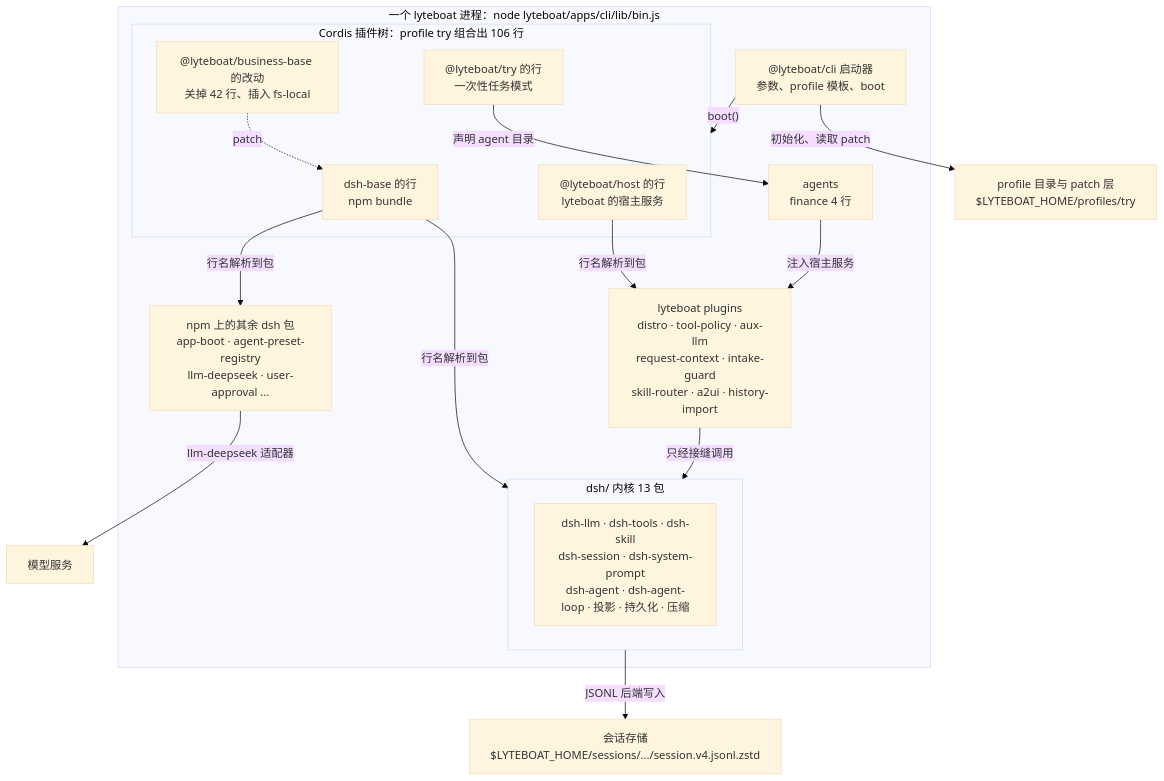
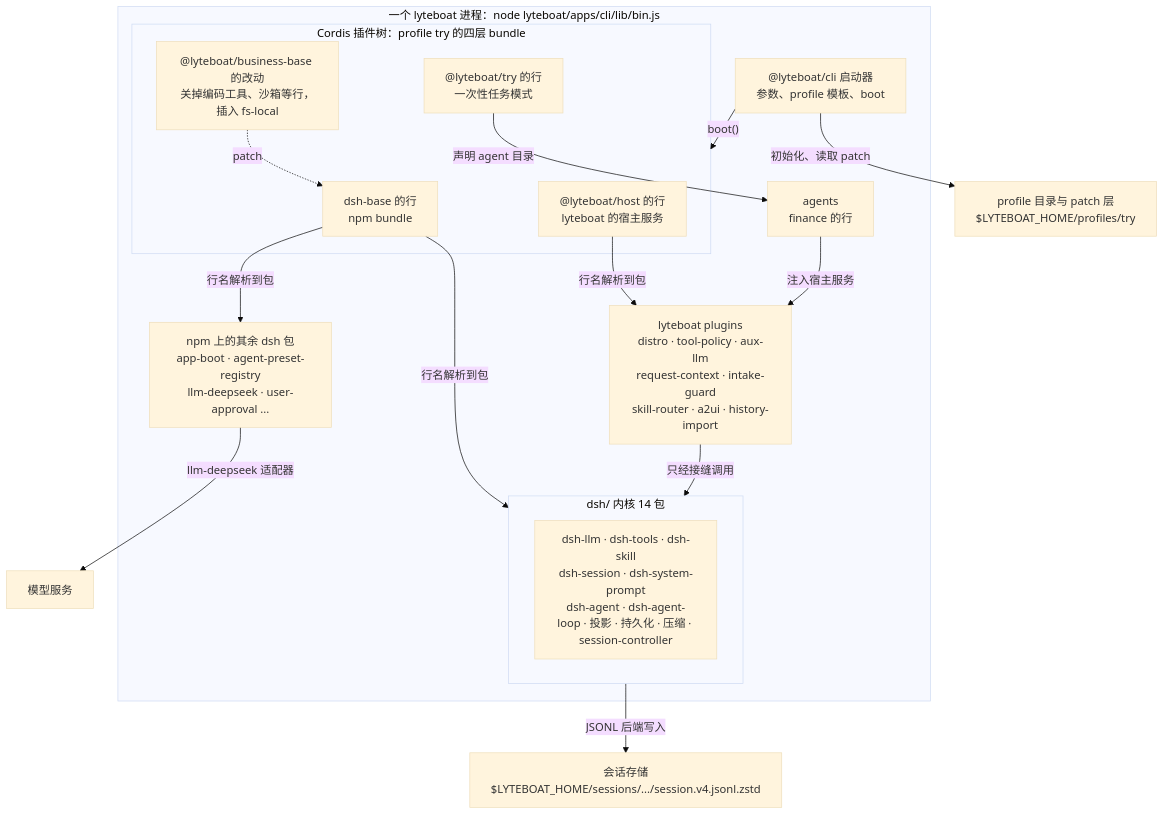
Before and after one commit to lyteboat/boat: the second of 11 diagrams in docs/01-architecture.md, drawn with Mermaid (base theme). The commit also changed other lines of this file and 7 other files, not shown here.

````diff
--- a/docs/01-architecture.md
+++ b/docs/01-architecture.md
@@ -112,32 +108,32 @@
 ```mermaid
 flowchart TB
   subgraph PROC["一个 lyteboat 进程：node lyteboat/apps/cli/lib/bin.js"]
     cli["@lyteboat/cli 启动器<br/>参数、profile 模板、boot"]
-    subgraph TREE["Cordis 插件树：profile try 组合出 106 行"]
+    subgraph TREE["Cordis 插件树：profile try 的四层 bundle"]
       base["dsh-base 的行<br/>npm bundle"]
       host["@lyteboat/host 的行<br/>lyteboat 的宿主服务"]
-      bbase["@lyteboat/business-base 的改动<br/>关掉 42 行、插入 fs-local"]
+      bbase["@lyteboat/business-base 的改动<br/>关掉编码工具、沙箱等行，插入 fs-local"]
       runb["@lyteboat/try 的行<br/>一次性任务模式"]
     end
-    subgraph KERNEL["dsh/ 内核 13 包"]
-      kpk["dsh-llm · dsh-tools · dsh-skill<br/>dsh-session · dsh-system-prompt<br/>dsh-agent · dsh-agent-loop · 投影 · 持久化 · 压缩"]
+    subgraph KERNEL["dsh/ 内核 14 包"]
+      kpk["dsh-llm · dsh-tools · dsh-skill<br/>dsh-session · dsh-system-prompt<br/>dsh-agent · dsh-agent-loop · 投影 · 持久化 · 压缩 · session-controller"]
     end
     npmpk["npm 上的其余 dsh 包<br/>app-boot · agent-preset-registry<br/>llm-deepseek · user-approval ..."]
     plugins["lyteboat plugins<br/>distro · tool-policy · aux-llm<br/>request-context · intake-guard<br/>skill-router · a2ui · history-import"]
-    agents["agents<br/>finance 4 行"]
+    agents["agents<br/>finance 的行"]
   end
   prof["profile 目录与 patch 层<br/>$LYTEBOAT_HOME/profiles/try"]
   store["会话存储<br/>$LYTEBOAT_HOME/sessions/.../session.v4.jsonl.zstd"]
   model["模型服务"]
   cli -->|"初始化、读取 patch"| prof
   cli -->|"boot()"| TREE
   bbase -.->|"patch"| base
   base -->|"行名解析到包"| KERNEL
   base -->|"行名解析到包"| npmpk
   host -->|"行名解析到包"| plugins
   runb -->|"声明 agent 目录"| agents
   agents -->|"注入宿主服务"| plugins
   plugins -->|"只经接缝调用"| KERNEL
   KERNEL -->|"JSONL 后端写入"| store
   npmpk -->|"llm-deepseek 适配器"| model
 ```
````
